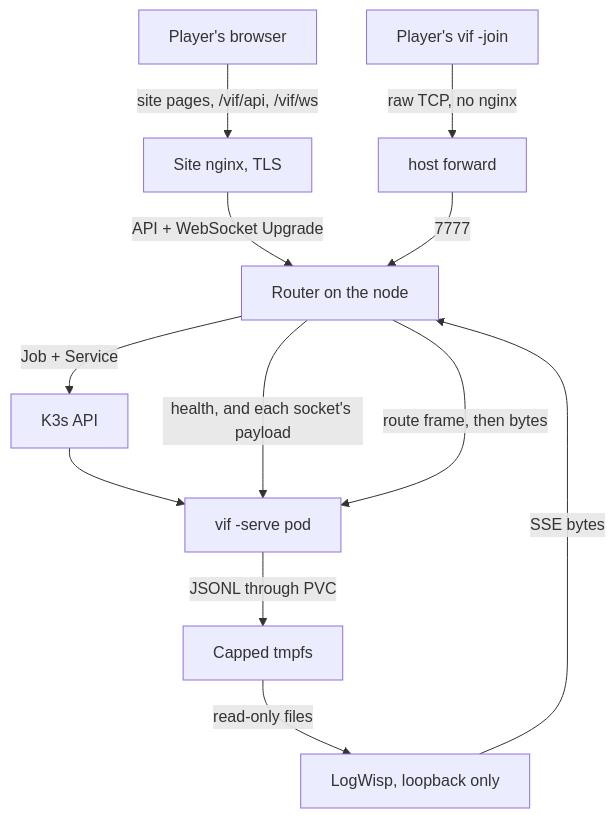
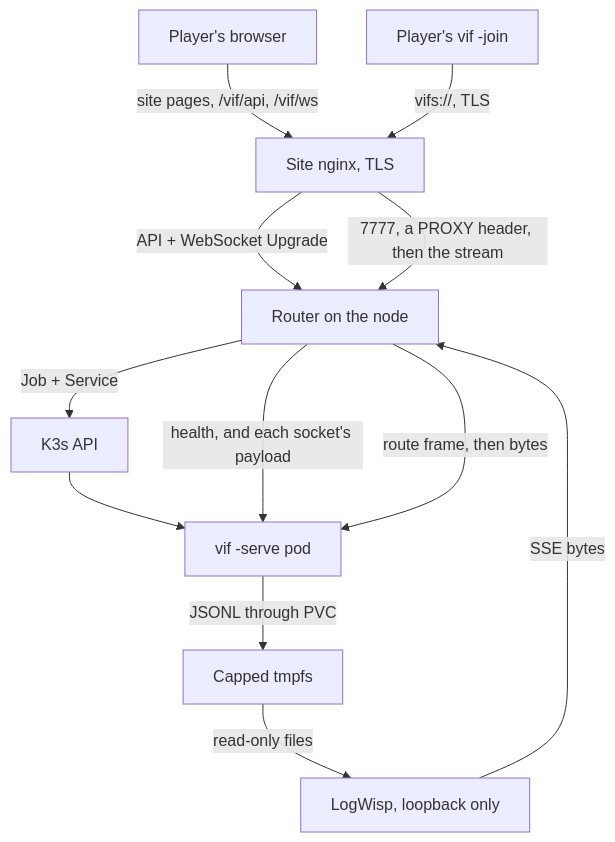
One commit to lixenwraith/vif changed the diagram in doc/kube-docker-deploy.md. Above: the diagram before and after it, drawn with Mermaid. The commit also changed other lines of this file and 173 other files, not shown here.

````diff
--- a/doc/kube-docker-deploy.md
+++ b/doc/kube-docker-deploy.md
@@ -37,13 +37,13 @@
 ```mermaid
 flowchart TD
     Browser["Player's browser"] -->|"site pages, /vif/api, /vif/ws"| Site["Site nginx, TLS"]
     Site -->|"API + WebSocket Upgrade"| Alloc["Router on the node"]
     Alloc -->|"Job + Service"| API["K3s API"]
     API --> Pod["vif -serve pod"]
     Alloc -->|"health, and each socket's payload"| Pod
-    Term["Player's vif -join"] -->|"raw TCP, no nginx"| Fwd["host forward"]
-    Fwd -->|"7777"| Alloc -->|"route frame, then bytes"| Pod
+    Term["Player's vif -join"] -->|"vifs://, TLS"| Site
+    Site -->|"7777, a PROXY header, then the stream"| Alloc -->|"route frame, then bytes"| Pod
     Pod -->|"JSONL through PVC"| Log["Capped tmpfs"]
     Log -->|"read-only files"| Wisp["LogWisp, loopback only"]
     Wisp -->|"SSE bytes"| Alloc
 ```
````
